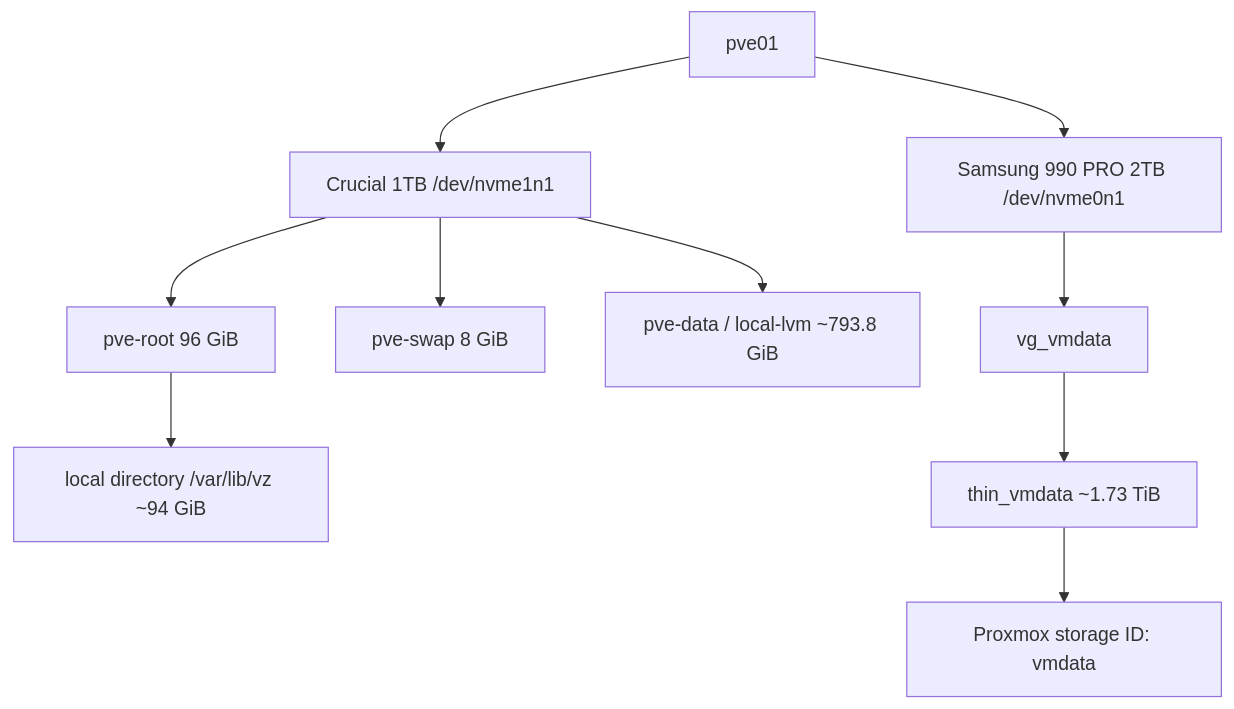
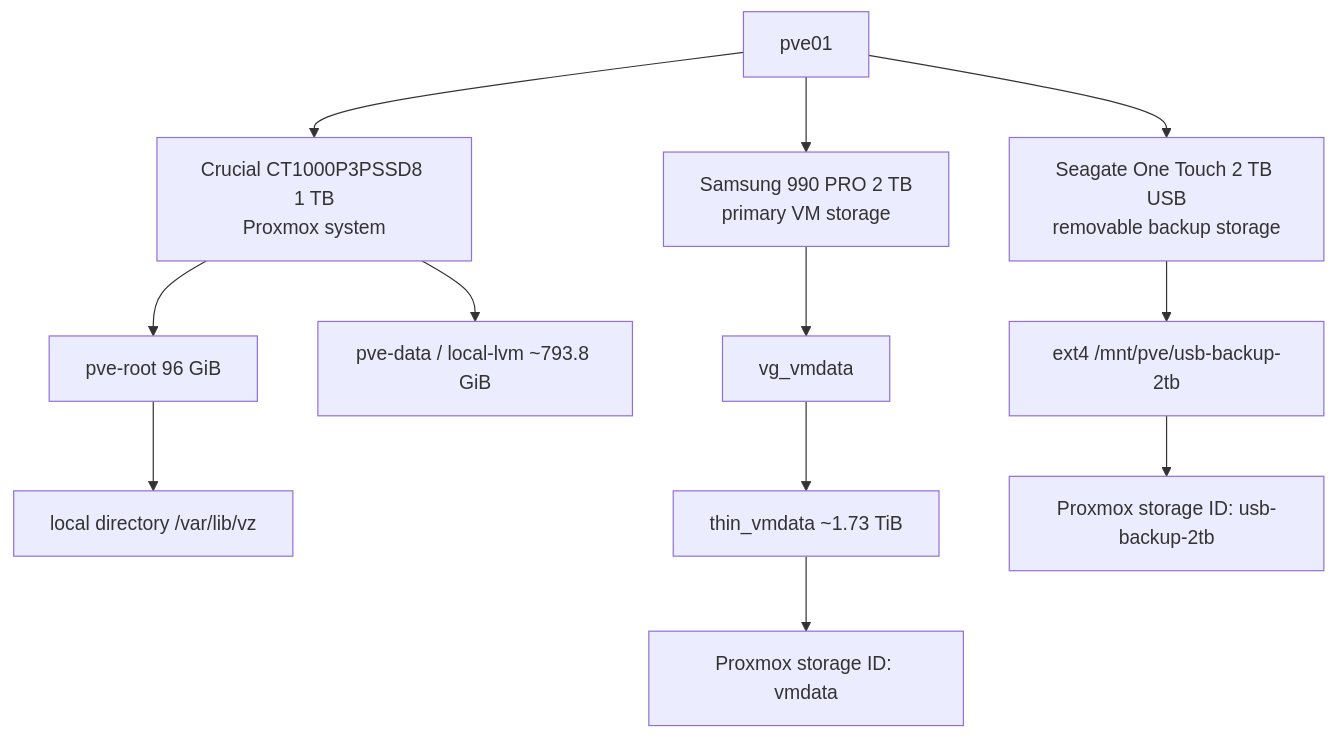
Before and after one commit to dgsuma/dgs-private-cloud: the diagram in docs/07-storage-configuration.md, drawn with Mermaid. The commit also changed other lines of this file and 18 other files, not shown here.

````diff
--- a/docs/07-storage-configuration.md
+++ b/docs/07-storage-configuration.md
@@ -5,21 +5,24 @@
 ```mermaid
 flowchart TB
     PVE["pve01"]
-    Crucial["Crucial 1TB /dev/nvme1n1"]
-    Samsung["Samsung 990 PRO 2TB /dev/nvme0n1"]
+    Crucial["Crucial CT1000P3PSSD8 1 TB<br/>Proxmox system"]
+    Samsung["Samsung 990 PRO 2 TB<br/>primary VM storage"]
+    Seagate["Seagate One Touch 2 TB USB<br/>removable backup storage"]
     Root["pve-root 96 GiB"]
-    Swap["pve-swap 8 GiB"]
     LocalLVM["pve-data / local-lvm ~793.8 GiB"]
-    Local["local directory /var/lib/vz ~94 GiB"]
+    Local["local directory /var/lib/vz"]
     VG["vg_vmdata"]
     Thin["thin_vmdata ~1.73 TiB"]
-    Store["Proxmox storage ID: vmdata"]
+    VMStore["Proxmox storage ID: vmdata"]
+    BackupFS["ext4 /mnt/pve/usb-backup-2tb"]
+    BackupStore["Proxmox storage ID: usb-backup-2tb"]
 
     PVE --> Crucial
     PVE --> Samsung
+    PVE --> Seagate
     Crucial --> Root
-    Crucial --> Swap
     Crucial --> LocalLVM
     Root --> Local
-    Samsung --> VG --> Thin --> Store
+    Samsung --> VG --> Thin --> VMStore
+    Seagate --> BackupFS --> BackupStore
 ```
````
